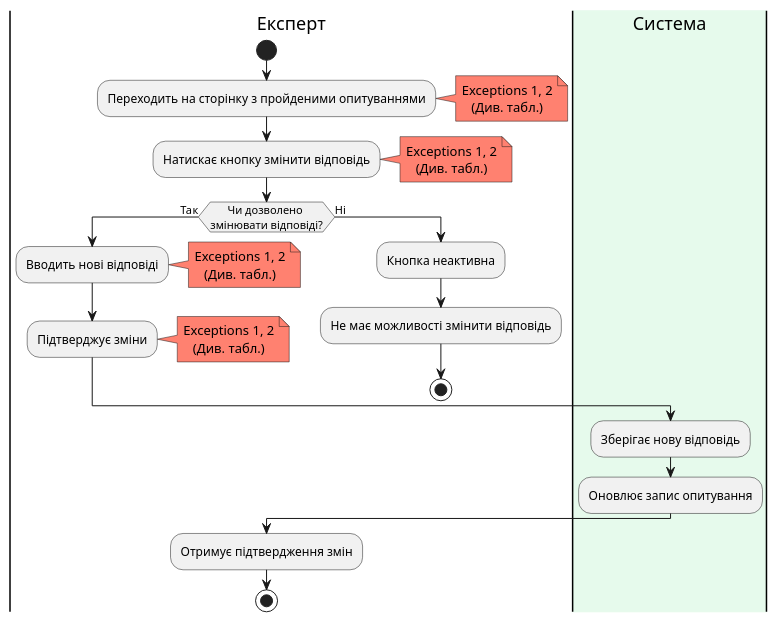
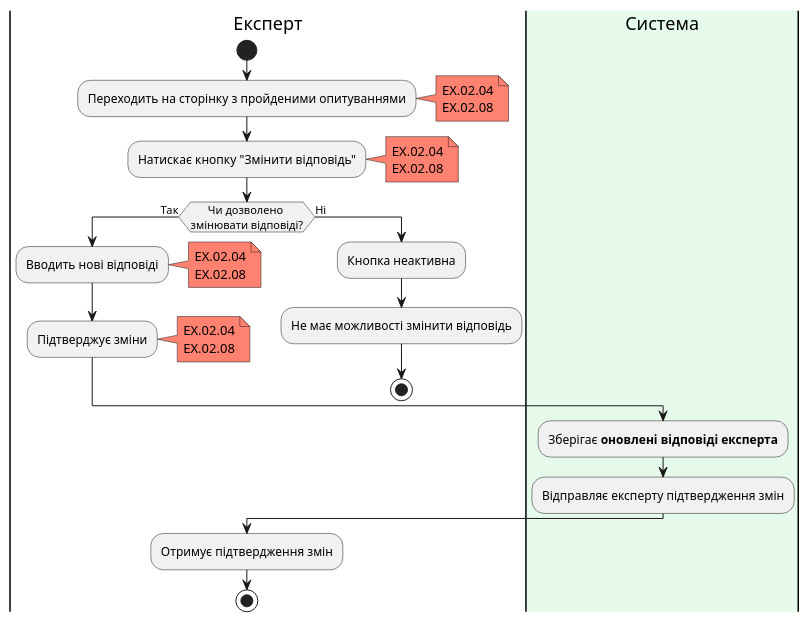
Diagram 15 of 16 in docs/use_cases.md (generalmaks/db_labs), drawn with PlantUML before and after one commit. The commit also changed other lines of this file, not shown here.

Commit message:
Update activity diagram of ChangeAnswer

````diff
--- a/docs/use_cases.md
+++ b/docs/use_cases.md
@@ -756,44 +756,44 @@
 ```plantuml
 @startuml
 skinparam defaultTextAlignment center
 |Експерт|
 start
 
 :Переходить на сторінку з пройденими опитуваннями;
 note right #ff8170
-Exceptions 1, 2
-(Див. табл.)
+EX.02.04
+EX.02.08
 end note
-:Натискає кнопку змінити відповідь;
+:Натискає кнопку "Змінити відповідь";
 note right #ff8170
-Exceptions 1, 2
-(Див. табл.)
+EX.02.04
+EX.02.08
 end note
 if (Чи дозволено 
 змінювати відповіді?) then (Так)
   :Вводить нові відповіді;
   note right #ff8170
-  Exceptions 1, 2
-  (Див. табл.)
+  EX.02.04
+  EX.02.08
   end note
   :Підтверджує зміни;
   note right #ff8170
-  Exceptions 1, 2
-  (Див. табл.)
+  EX.02.04
+  EX.02.08
   end note
 else (Ні)
   :Кнопка неактивна;
   :Не має можливості змінити відповідь;
   stop
 endif
 
 |#e6faec|Система|
-:Зберігає нову відповідь;
-:Оновлює запис опитування;
+:Зберігає **оновлені відповіді експерта**;
+:Відправляє експерту підтвердження змін;
 
 |Експерт|
 :Отримує підтвердження змін;
 
 stop
 @enduml
 ```
````
